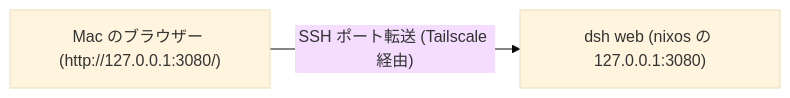
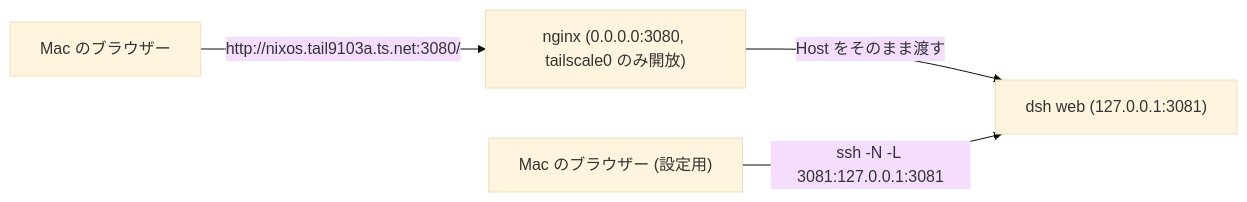
The diagram in docs/dsh-web.md (pranc1ngpegasus/dotfiles), drawn with Mermaid (base theme) before and after one commit. The commit also changed other lines of this file and 2 other files, not shown here.

First line of the commit message:
docs(dsh): 2 つの面と設定の置き場所を書く

````diff
--- a/docs/dsh-web.md
+++ b/docs/dsh-web.md
@@ -7,4 +7,6 @@
 ```mermaid
 graph LR
-  browser["Mac のブラウザー (http://127.0.0.1:3080/)"] -->|"SSH ポート転送 (Tailscale 経由)"| dsh["dsh web (nixos の 127.0.0.1:3080)"]
+  mac["Mac のブラウザー"] -->|"http://nixos.tail9103a.ts.net:3080/"| nginx["nginx (0.0.0.0:3080, tailscale0 のみ開放)"]
+  nginx -->|"Host をそのまま渡す"| dsh["dsh web (127.0.0.1:3081)"]
+  settings["Mac のブラウザー (設定用)"] -->|"ssh -N -L 3081:127.0.0.1:3081"| dsh
 ```
````
